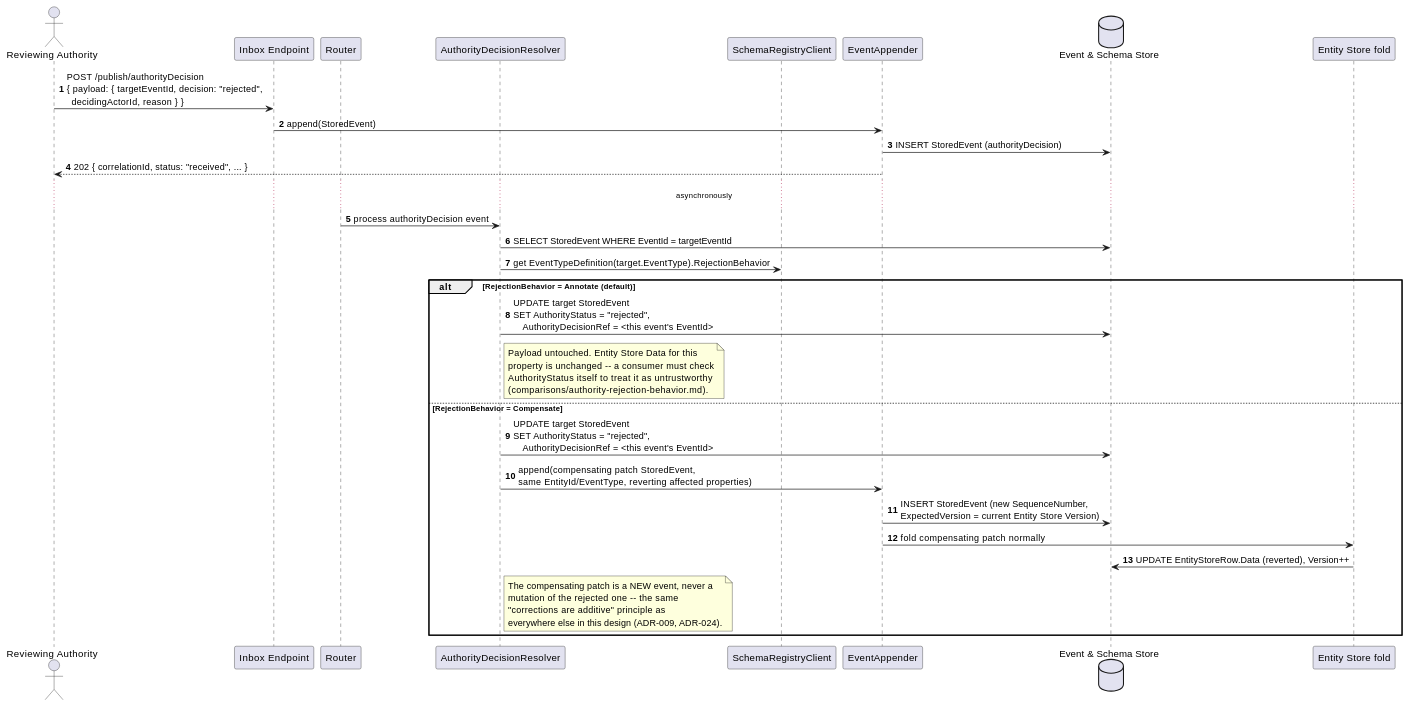
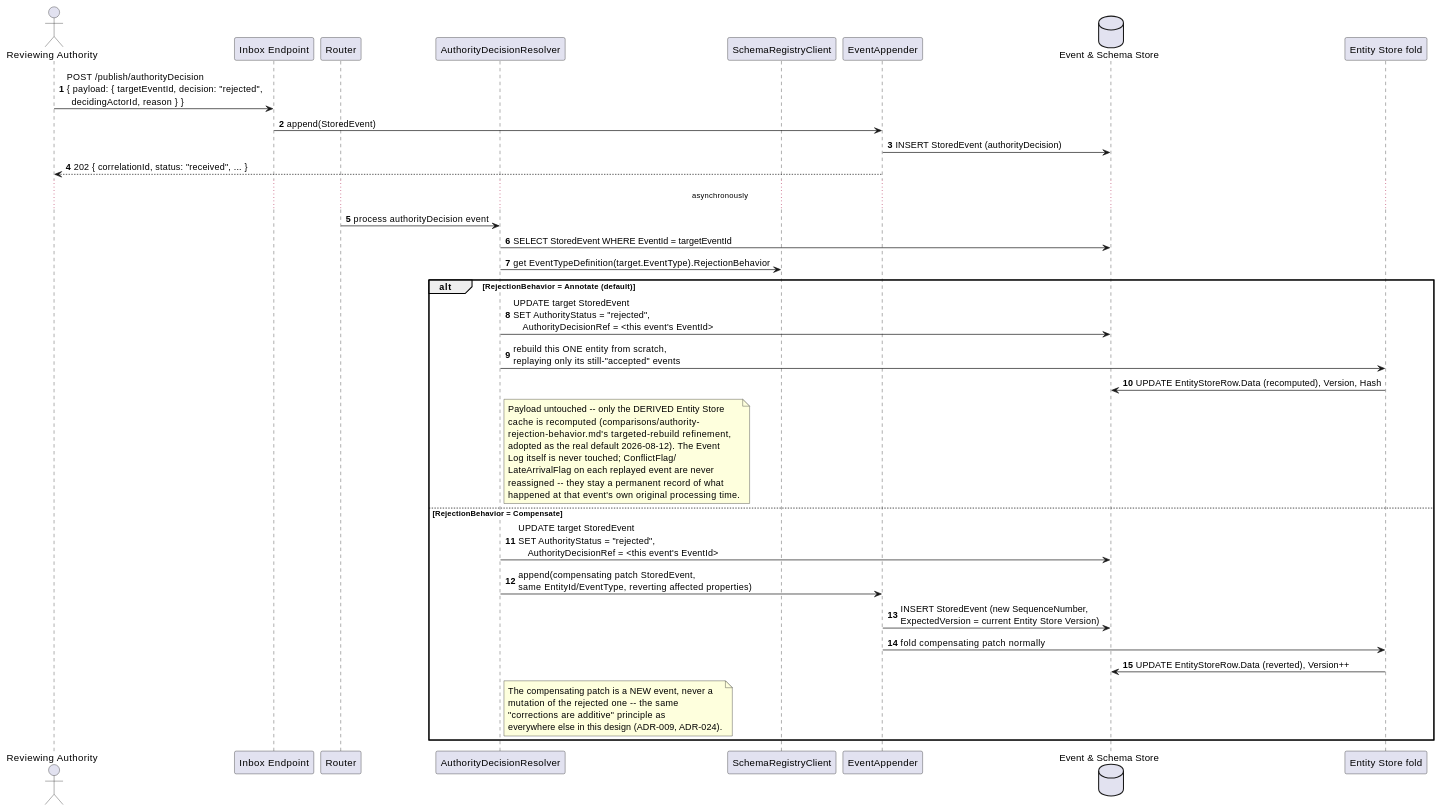
The third of 4 diagrams in docs/features/non-authoritative-capture.md (Mwwhited-BookLearning/EventSourcing), drawn with PlantUML before and after one commit. The commit also changed other lines of this file and 11 other files, not shown here.

First line of the commit message:
Adopt targeted-rebuild as RejectionBehavior.Annotate's real default

````diff
--- a/docs/features/non-authoritative-capture.md
+++ b/docs/features/non-authoritative-capture.md
@@ -103,43 +103,49 @@
 ```plantuml
 @startuml AuthorityDecision_Sequence
 autonumber
 actor "Reviewing Authority" as reviewer
 participant "Inbox Endpoint" as endpoint
 participant "Router" as router
 participant "AuthorityDecisionResolver" as resolver
 participant "SchemaRegistryClient" as registry
 participant "EventAppender" as appender
 database "Event & Schema Store" as db
 participant "Entity Store fold" as fold
 
 reviewer -> endpoint: POST /publish/authorityDecision\n{ payload: { targetEventId, decision: "rejected",\n  decidingActorId, reason } }
 endpoint -> appender: append(StoredEvent)
 appender -> db: INSERT StoredEvent (authorityDecision)
 appender --> reviewer: 202 { correlationId, status: "received", ... }
 ... asynchronously ...
 router -> resolver: process authorityDecision event
 resolver -> db: SELECT StoredEvent WHERE EventId = targetEventId
 resolver -> registry: get EventTypeDefinition(target.EventType).RejectionBehavior
 alt RejectionBehavior = Annotate (default)
   resolver -> db: UPDATE target StoredEvent\nSET AuthorityStatus = "rejected",\n    AuthorityDecisionRef = <this event's EventId>
+  resolver -> fold: rebuild this ONE entity from scratch,\nreplaying only its still-"accepted" events
+  fold -> db: UPDATE EntityStoreRow.Data (recomputed), Version, Hash
   note right of resolver
-    Payload untouched. Entity Store Data for this
-    property is unchanged -- a consumer must check
-    AuthorityStatus itself to treat it as untrustworthy
-    (comparisons/authority-rejection-behavior.md).
+    Payload untouched -- only the DERIVED Entity Store
+    cache is recomputed (comparisons/authority-
+    rejection-behavior.md's targeted-rebuild refinement,
+    adopted as the real default 2026-08-12). The Event
+    Log itself is never touched; ConflictFlag/
+    LateArrivalFlag on each replayed event are never
+    reassigned -- they stay a permanent record of what
+    happened at that event's own original processing time.
   end note
 else RejectionBehavior = Compensate
   resolver -> db: UPDATE target StoredEvent\nSET AuthorityStatus = "rejected",\n    AuthorityDecisionRef = <this event's EventId>
   resolver -> appender: append(compensating patch StoredEvent,\nsame EntityId/EventType, reverting affected properties)
   appender -> db: INSERT StoredEvent (new SequenceNumber,\nExpectedVersion = current Entity Store Version)
   appender -> fold: fold compensating patch normally
   fold -> db: UPDATE EntityStoreRow.Data (reverted), Version++
   note right of resolver
     The compensating patch is a NEW event, never a
     mutation of the rejected one -- the same
     "corrections are additive" principle as
     everywhere else in this design (ADR-009, ADR-024).
   end note
 end
 @enduml
 ```
````
